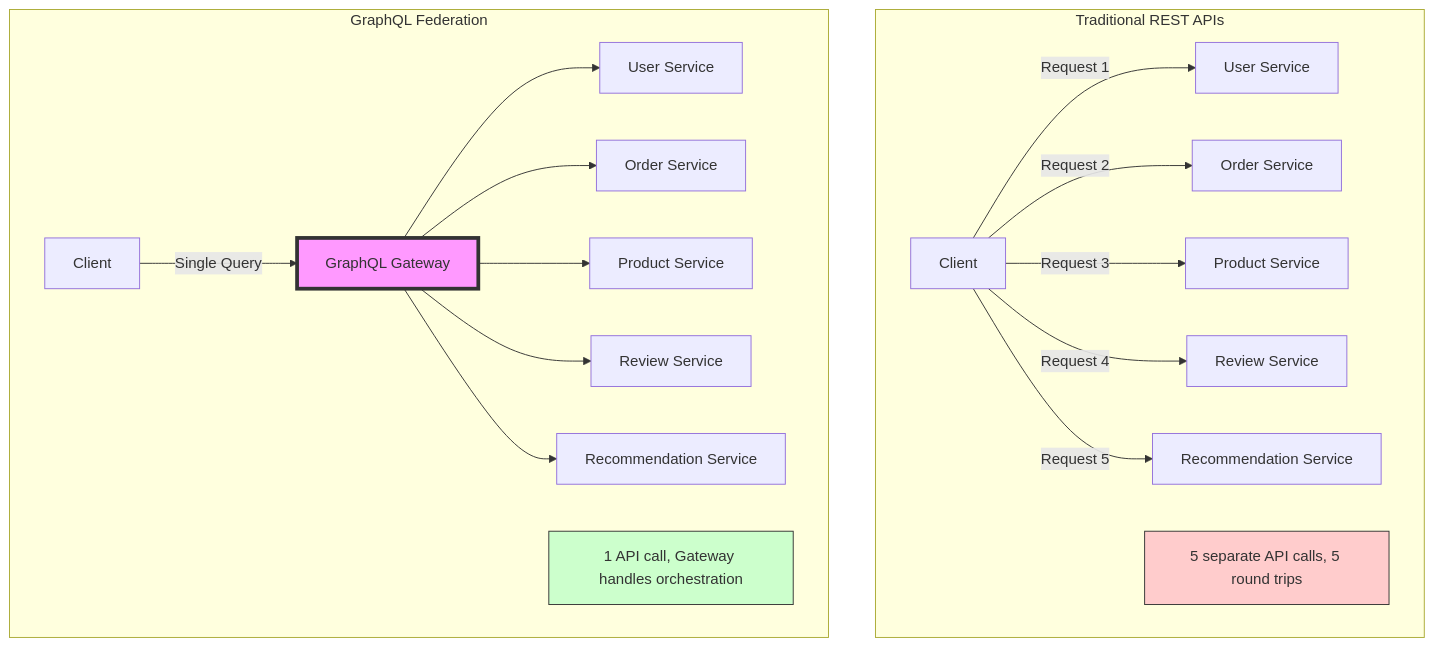
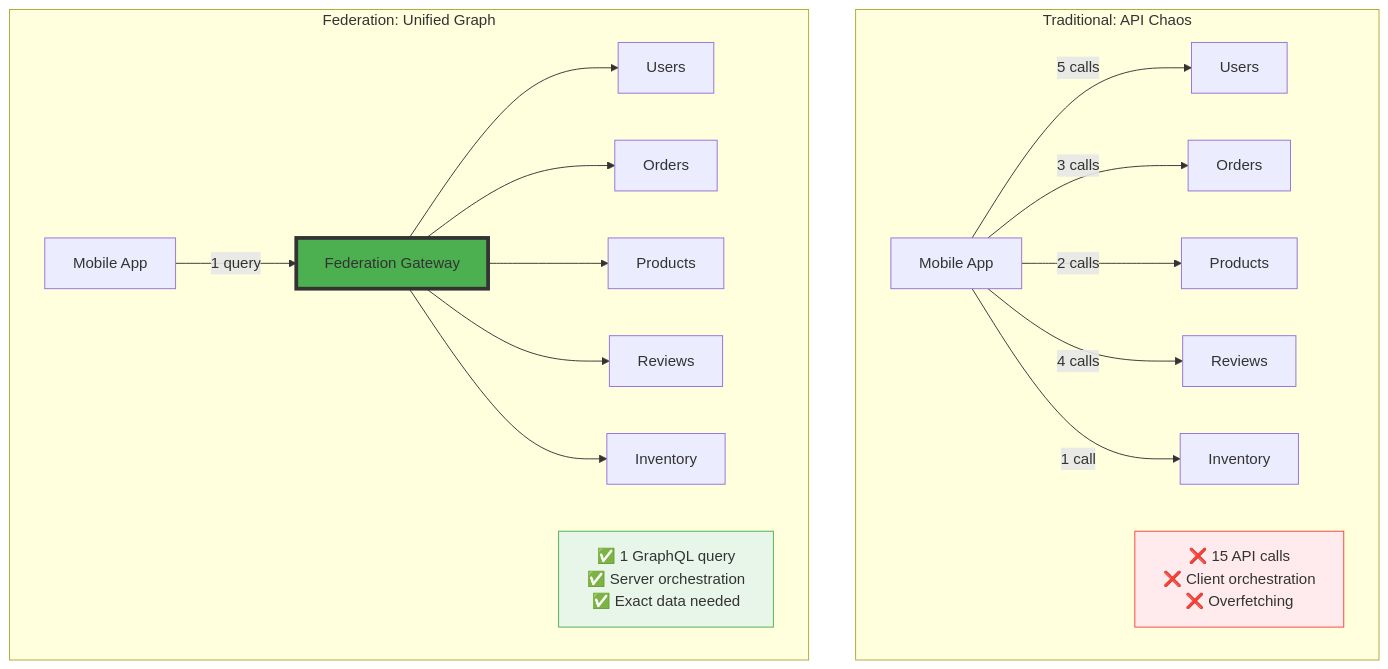
The second of 6 diagrams in docs/pattern-library/architecture/graphql-federation.md (deepaucksharma/DStudio), drawn with Mermaid before and after one commit. The commit also changed other lines of this file and 8 other files, not shown here.

````diff
--- a/docs/pattern-library/architecture/graphql-federation.md
+++ b/docs/pattern-library/architecture/graphql-federation.md
@@ -61,27 +121,25 @@
 ```mermaid
 graph TB
-    subgraph "Traditional REST APIs"
-        C1[Client] -->|Request 1| S1[User Service]
-        C1 -->|Request 2| S2[Order Service]
-        C1 -->|Request 3| S3[Product Service]
-        C1 -->|Request 4| S4[Review Service]
-        C1 -->|Request 5| S5[Recommendation Service]
-        
-        Note1[5 separate API calls, 5 round trips]
+    subgraph "Traditional: API Chaos"
+        C1[Mobile App] -->|5 calls| S1[Users]
+        C1 -->|3 calls| S2[Orders]
+        C1 -->|2 calls| S3[Products]
+        C1 -->|4 calls| S4[Reviews]
+        C1 -->|1 call| S5[Inventory]
+        Note1["❌ 15 API calls<br/>❌ Client orchestration<br/>❌ Overfetching"]
     end
     
-    subgraph "GraphQL Federation"
-        C2[Client] -->|Single Query| GW[GraphQL Gateway]
-        GW --> US[User Service]
-        GW --> OS[Order Service]
-        GW --> PS[Product Service]
-        GW --> RS[Review Service]
-        GW --> REC[Recommendation Service]
-        
-        Note2[1 API call, Gateway handles orchestration]
+    subgraph "Federation: Unified Graph"
+        C2[Mobile App] -->|1 query| GW[Federation Gateway]
+        GW --> US[Users]
+        GW --> OS[Orders]
+        GW --> PS[Products]
+        GW --> RS[Reviews]
+        GW --> IS[Inventory]
+        Note2["✅ 1 GraphQL query<br/>✅ Server orchestration<br/>✅ Exact data needed"]
     end
     
-    style GW fill:#f9f,stroke:#333,stroke-width:4px
-    style Note1 fill:#fcc,stroke:#333
-    style Note2 fill:#cfc,stroke:#333
+    style GW fill:#4CAF50,stroke:#333,stroke-width:4px
+    style Note1 fill:#ffebee,stroke:#f44336
+    style Note2 fill:#e8f5e9,stroke:#4CAF50
 ```
````
